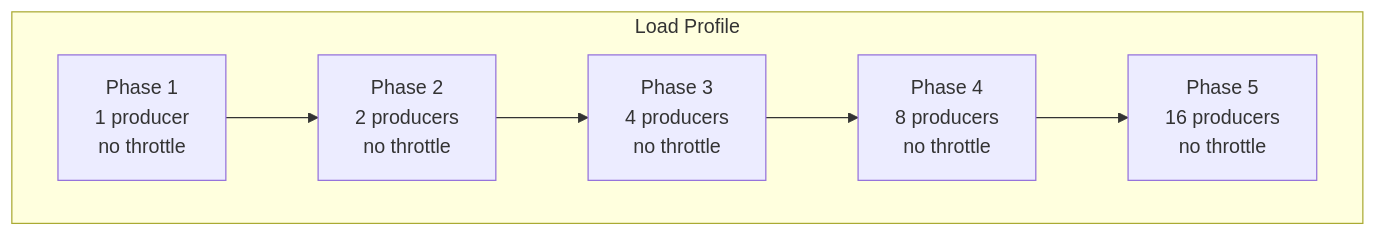
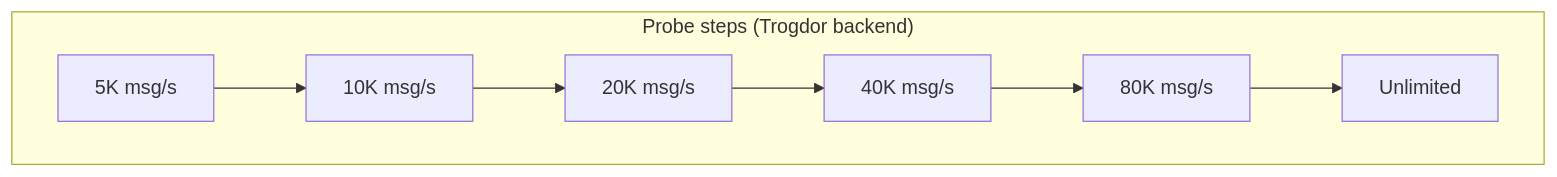
Before and after one commit to actions-marketplace-validations/bmscomp_kates: the eighth of 10 diagrams in docs/book/05-test-types.md, drawn with Mermaid. The commit also changed other lines of this file and 23 other files, not shown here.

````diff
--- a/docs/book/05-test-types.md
+++ b/docs/book/05-test-types.md
@@ -299,7 +303,7 @@
 ```mermaid
 graph LR
-    subgraph Capacity["Load Profile"]
+    subgraph Capacity["Probe steps (Trogdor backend)"]
         direction LR
-        C1["Phase 1<br/>1 producer<br/>no throttle"] --> C2["Phase 2<br/>2 producers<br/>no throttle"] --> C3["Phase 3<br/>4 producers<br/>no throttle"] --> C4["Phase 4<br/>8 producers<br/>no throttle"] --> C5["Phase 5<br/>16 producers<br/>no throttle"]
+        C1["5K msg/s"] --> C2["10K msg/s"] --> C3["20K msg/s"] --> C4["40K msg/s"] --> C5["80K msg/s"] --> C6["Unlimited"]
     end
 ```
````
